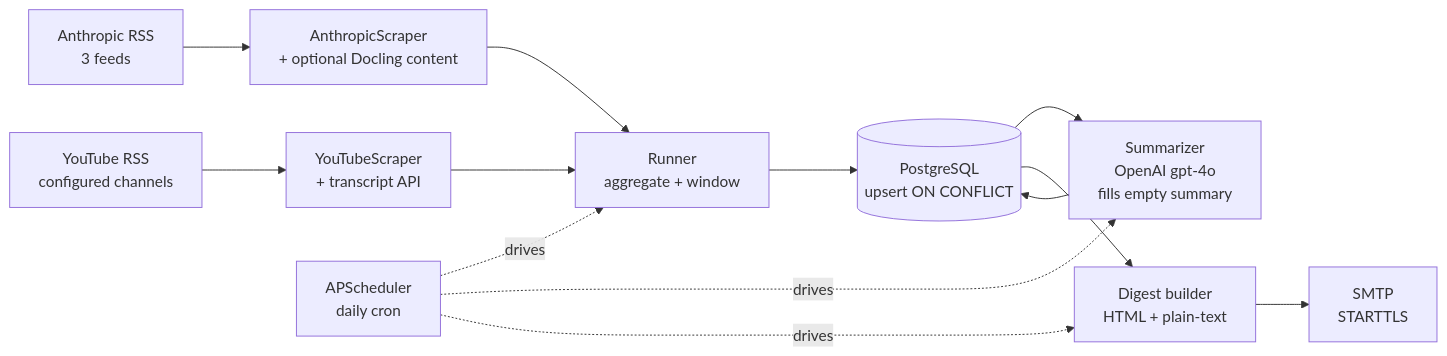
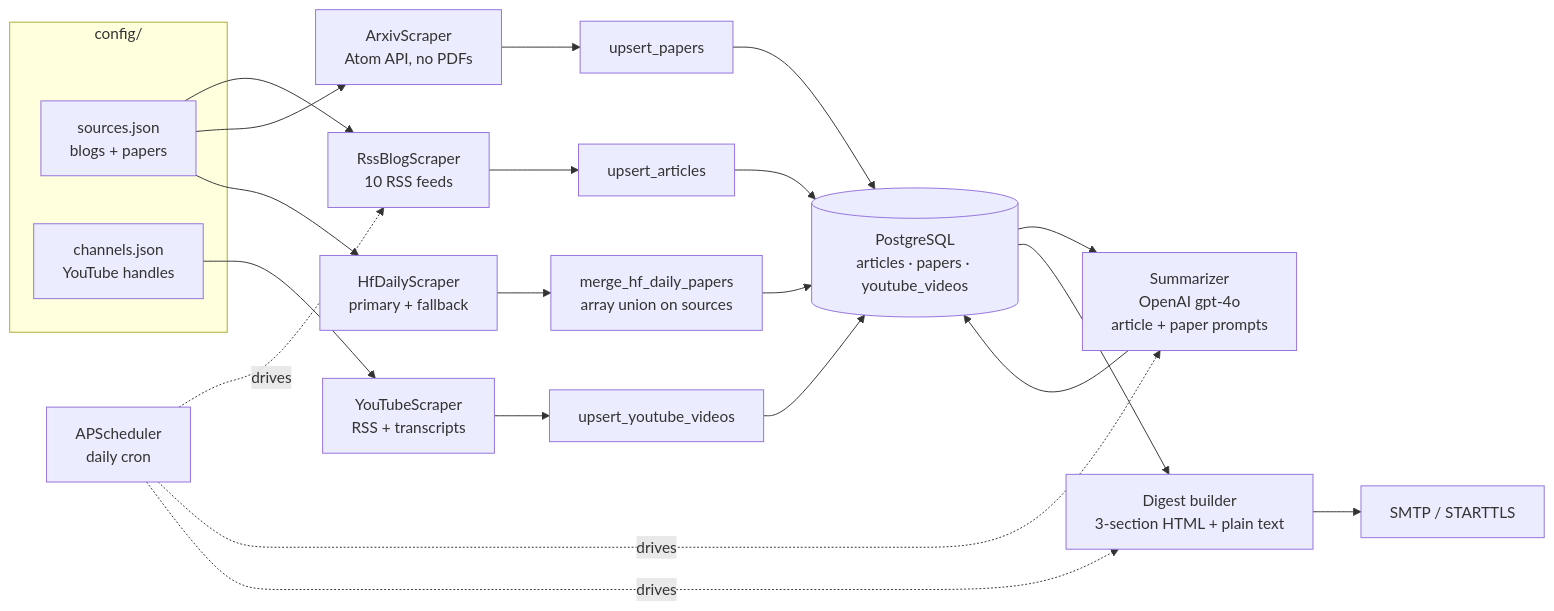
One commit to CrSamson/brevio-ai changed the diagram in README.md. Above: the diagram before and after it, drawn with Mermaid. The commit also changed other lines of this file and 30 other files, not shown here.

Commit message:
Adjusted the README and the architecture related to the sources from which we scrape the data

````diff
--- a/README.md
+++ b/README.md
@@ -15,15 +25,31 @@
 ```mermaid
 flowchart LR
-    A[Anthropic RSS<br/>3 feeds] --> C[AnthropicScraper<br/>+ optional Docling content]
-    B[YouTube RSS<br/>configured channels] --> D[YouTubeScraper<br/>+ transcript API]
-    C --> E[Runner<br/>aggregate + window]
-    D --> E
-    E --> F[(PostgreSQL<br/>upsert ON CONFLICT)]
-    F --> G[Summarizer<br/>OpenAI gpt-4o<br/>fills empty summary]
-    G --> F
-    F --> H[Digest builder<br/>HTML + plain-text]
-    H --> I[SMTP<br/>STARTTLS]
-    J[APScheduler<br/>daily cron] -.drives.-> E
-    J -.drives.-> G
-    J -.drives.-> H
+    subgraph Config["config/"]
+        SJ[sources.json<br/>blogs + papers]
+        CJ[channels.json<br/>YouTube handles]
+    end
+
+    SJ --> R1[RssBlogScraper<br/>10 RSS feeds]
+    SJ --> R2[ArxivScraper<br/>Atom API, no PDFs]
+    SJ --> R3[HfDailyScraper<br/>primary + fallback]
+    CJ --> R4[YouTubeScraper<br/>RSS + transcripts]
+
+    R1 --> U1[upsert_articles]
+    R2 --> U2[upsert_papers]
+    R3 --> U3[merge_hf_daily_papers<br/>array union on sources]
+    R4 --> U4[upsert_youtube_videos]
+
+    U1 --> DB[(PostgreSQL<br/>articles · papers · youtube_videos)]
+    U2 --> DB
+    U3 --> DB
+    U4 --> DB
+
+    DB --> SUM[Summarizer<br/>OpenAI gpt-4o<br/>article + paper prompts]
+    SUM --> DB
+    DB --> DIG[Digest builder<br/>3-section HTML + plain text]
+    DIG --> EM[SMTP / STARTTLS]
+
+    SCHED[APScheduler<br/>daily cron] -.drives.-> R1
+    SCHED -.drives.-> SUM
+    SCHED -.drives.-> DIG
 ```
````
